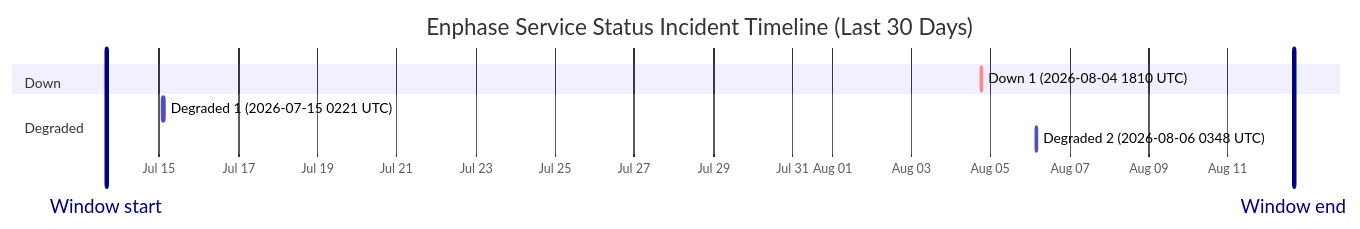
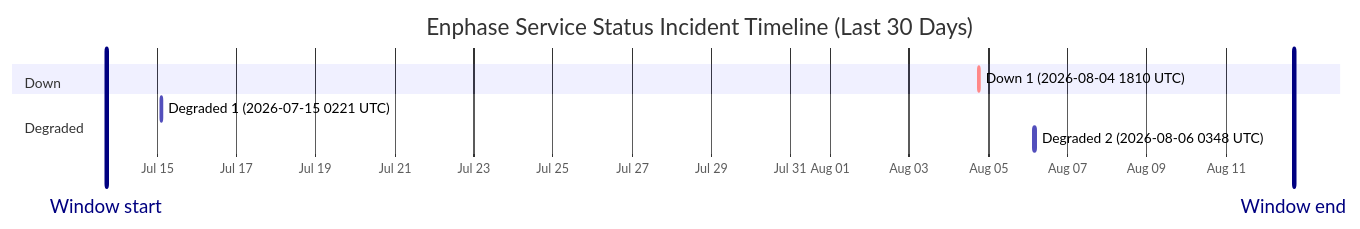
One commit to barneyonline/ha-enphase-energy changed the diagram in wiki/Service-Status-History.md. Above: the diagram before and after it, drawn with Mermaid. The commit also changed other lines of this file and 3 other files, not shown here.

````diff
--- a/wiki/Service-Status-History.md
+++ b/wiki/Service-Status-History.md
@@ -14,13 +14,13 @@
 ```mermaid
 gantt
     title Enphase Service Status Incident Timeline (Last 30 Days)
     dateFormat  YYYY-MM-DDTHH:mm:ss
     axisFormat  %b %d
-    Window start :vert, window-start, 2026-07-13T15:59:20, 0ms
-    Window end :vert, window-end, 2026-08-12T15:59:20, 0ms
+    Window start :vert, window-start, 2026-07-13T17:04:27, 0ms
+    Window end :vert, window-end, 2026-08-12T17:04:27, 0ms
     section Down
     Down 1 (2026-08-04 1810 UTC) :crit, down-1, 2026-08-04T18:10:46, 60m
     section Degraded
     Degraded 1 (2026-07-15 0221 UTC) :active, degraded-1, 2026-07-15T02:21:35, 60m
     Degraded 2 (2026-08-06 0348 UTC) :active, degraded-2, 2026-08-06T03:48:14, 60m
 ```
````
